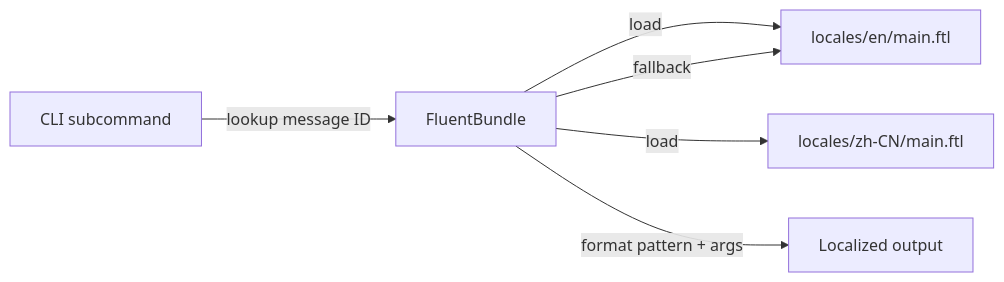
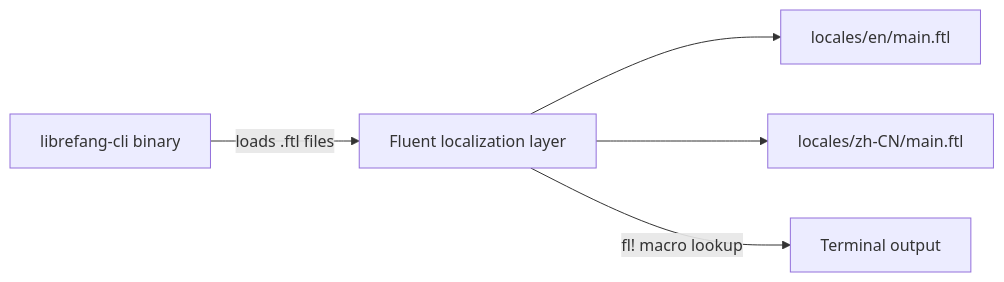
Before and after one commit to leszek3737/librefang-WIki: the diagram in other-librefang-cli-locales.md, drawn with Mermaid. The commit also changed other lines of this file and 70 other files, not shown here.

````diff
--- a/other-librefang-cli-locales.md
+++ b/other-librefang-cli-locales.md
@@ -122,8 +155,7 @@
 ```mermaid
 graph LR
-    A[CLI subcommand] -->|"lookup message ID"| B[FluentBundle]
-    B -->|"load"| C["locales/en/main.ftl"]
-    B -->|"fallback"| C
-    B -->|"load"| D["locales/zh-CN/main.ftl"]
-    B -->|"format pattern + args"| E[Localized output]
+    CLI[librefang-cli binary] -->|loads .ftl files| FL[Fluent localization layer]
+    FL --> EN[locales/en/main.ftl]
+    FL --> ZH[locales/zh-CN/main.ftl]
+    FL -->|fl! macro lookup| Output[Terminal output]
 ```
````
